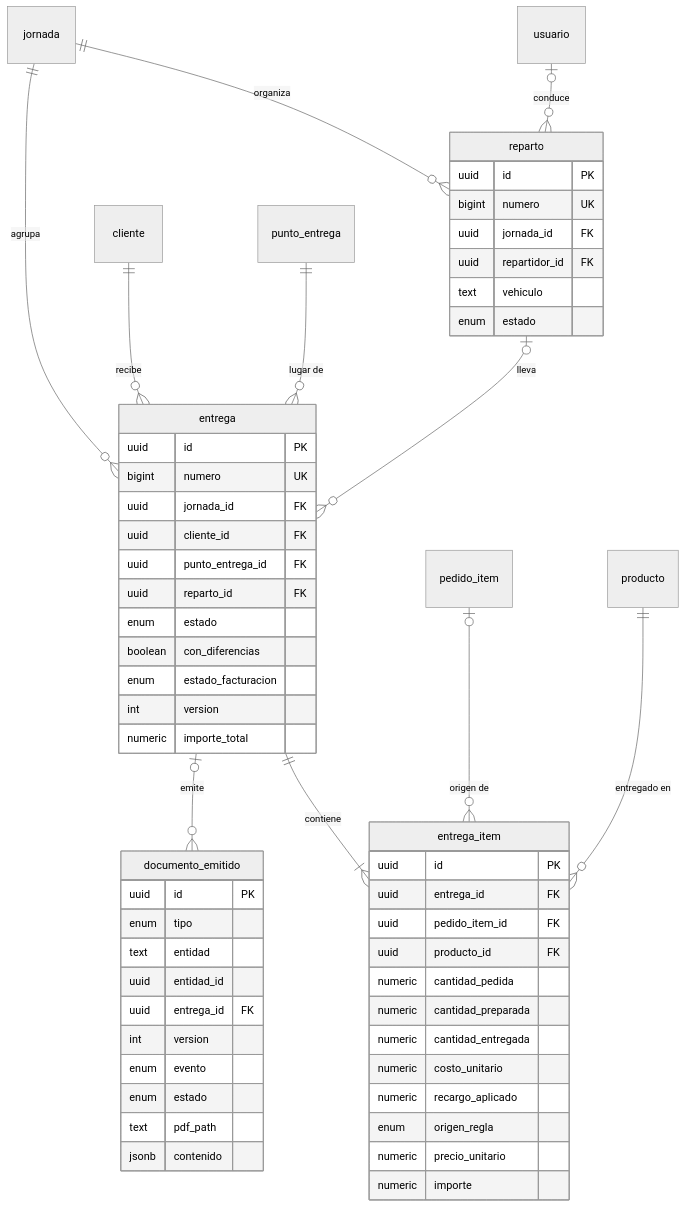
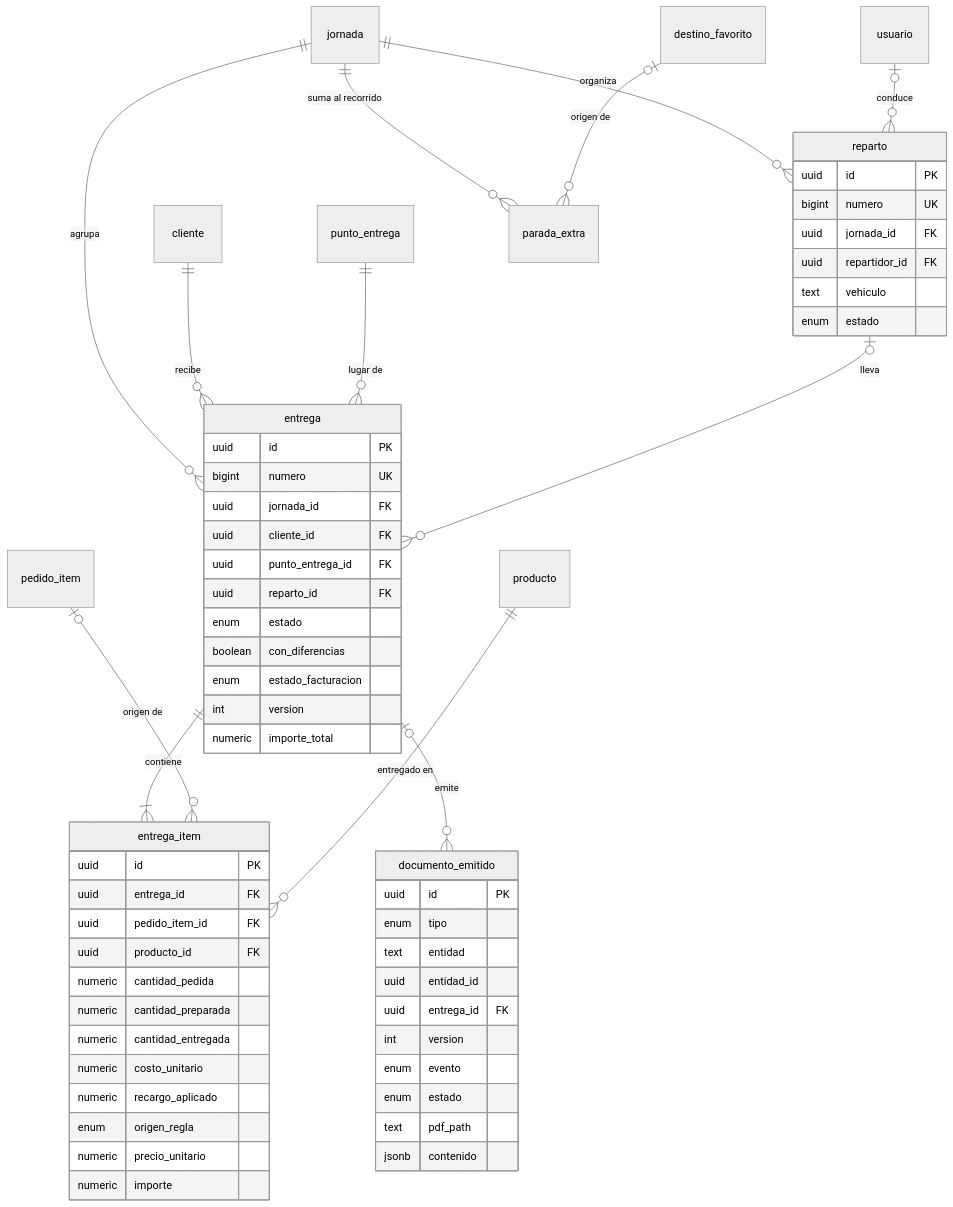
Before and after one commit to Facumirande/sistema-juan: the fifth of 7 diagrams in docs/plan/03-modelo-de-datos.md, drawn with Mermaid (neutral theme). The commit also changed other lines of this file and 186 other files, not shown here.

````diff
--- a/docs/plan/03-modelo-de-datos.md
+++ b/docs/plan/03-modelo-de-datos.md
@@ -1144,61 +1153,63 @@
 ```mermaid
 erDiagram
     jornada ||--o{ reparto : "organiza"
     usuario |o--o{ reparto : "conduce"
     jornada ||--o{ entrega : "agrupa"
     cliente ||--o{ entrega : "recibe"
     punto_entrega ||--o{ entrega : "lugar de"
     reparto |o--o{ entrega : "lleva"
     entrega ||--|{ entrega_item : "contiene"
     pedido_item |o--o{ entrega_item : "origen de"
     producto ||--o{ entrega_item : "entregado en"
     entrega |o--o{ documento_emitido : "emite"
+    jornada ||--o{ parada_extra : "suma al recorrido"
+    destino_favorito |o--o{ parada_extra : "origen de"
 
     reparto {
         uuid id PK
         bigint numero UK
         uuid jornada_id FK
         uuid repartidor_id FK
         text vehiculo
         enum estado
     }
     entrega {
         uuid id PK
         bigint numero UK
         uuid jornada_id FK
         uuid cliente_id FK
         uuid punto_entrega_id FK
         uuid reparto_id FK
         enum estado
         boolean con_diferencias
         enum estado_facturacion
         int version
         numeric importe_total
     }
     entrega_item {
         uuid id PK
         uuid entrega_id FK
         uuid pedido_item_id FK
         uuid producto_id FK
         numeric cantidad_pedida
         numeric cantidad_preparada
         numeric cantidad_entregada
         numeric costo_unitario
         numeric recargo_aplicado
         enum origen_regla
         numeric precio_unitario
         numeric importe
     }
     documento_emitido {
         uuid id PK
         enum tipo
         text entidad
         uuid entidad_id
         uuid entrega_id FK
         int version
         enum evento
         enum estado
         text pdf_path
         jsonb contenido
     }
 ```
````
